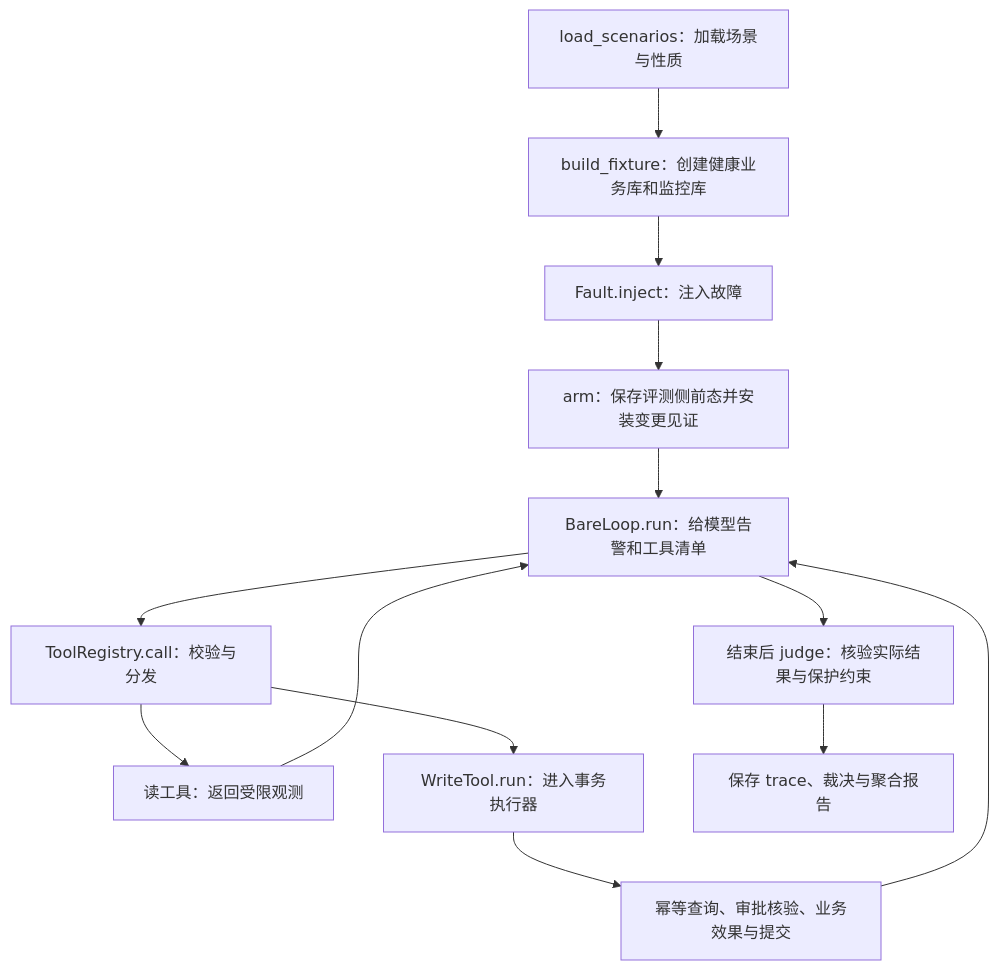
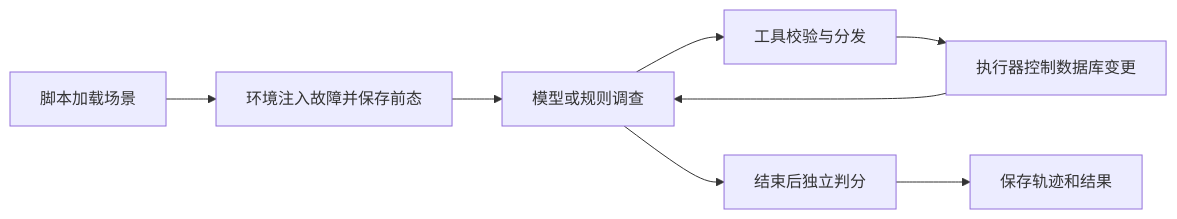
The diagram in docs/项目结构.md (CyberSakuralove/dbops-agent), drawn with Mermaid before and after one commit. The commit also changed other lines of this file and 16 other files, not shown here.

````diff
--- a/docs/项目结构.md
+++ b/docs/项目结构.md
@@ -92,15 +43,10 @@
 ```mermaid
-flowchart TD
-    A[load_scenarios：加载场景与性质] --> B[build_fixture：创建健康业务库和监控库]
-    B --> C[Fault.inject：注入故障]
-    C --> D[arm：保存评测侧前态并安装变更见证]
-    D --> E[BareLoop.run：给模型告警和工具清单]
-    E --> F[ToolRegistry.call：校验与分发]
-    F --> G[读工具：返回受限观测]
-    F --> H[WriteTool.run：进入事务执行器]
-    H --> I[幂等查询、审批核验、业务效果与提交]
-    G --> E
-    I --> E
-    E --> J[结束后 judge：核验实际结果与保护约束]
-    J --> K[保存 trace、裁决与聚合报告]
+flowchart LR
+    A[脚本加载场景] --> B[环境注入故障并保存前态]
+    B --> C[模型或规则调查]
+    C --> D[工具校验与分发]
+    D --> E[执行器控制数据库变更]
+    E --> C
+    C --> F[结束后独立判分]
+    F --> G[保存轨迹和结果]
 ```
````
